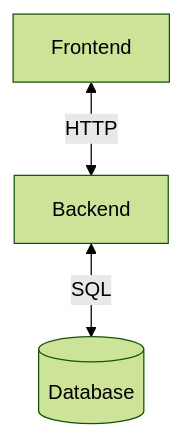
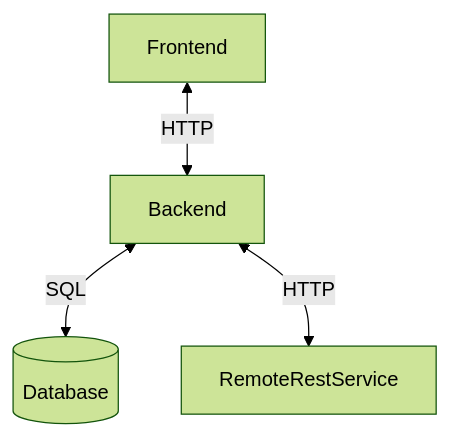
One commit to atomSkittlesTeam/atomicHunter changed the first of 5 diagrams in TECHDESCRIPTION.md. Above: the diagram before and after it, drawn with Mermaid (forest theme). The commit also changed other lines of this file and 2 other files, not shown here.

````diff
--- a/TECHDESCRIPTION.md
+++ b/TECHDESCRIPTION.md
@@ -8,6 +8,7 @@
 ```mermaid
-  flowchart TD
+   flowchart TD
       db[(Database)]
       Frontend<-- HTTP -->Backend
       Backend<-- SQL -->db
+      Backend<-- HTTP --> RemoteRestService
 ```
````
